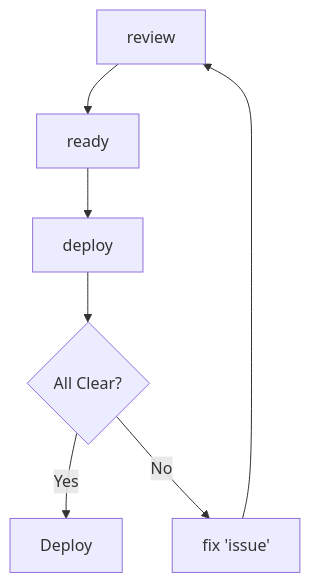
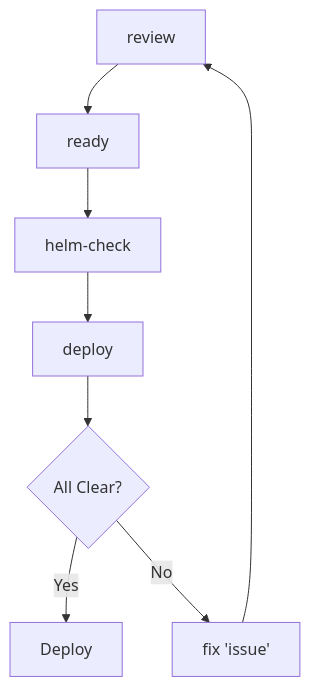
Before and after one commit to vitamin33/threads-agent: the second of 2 diagrams in CLAUDE_CODE_GUIDE.md, drawn with Mermaid. The commit also changed other lines of this file and 4 other files, not shown here.

````diff
--- a/CLAUDE_CODE_GUIDE.md
+++ b/CLAUDE_CODE_GUIDE.md
@@ -274,9 +315,10 @@
 ```mermaid
 graph TB
     A[review] --> B[ready]
-    B --> C[deploy]
-    C --> D{All Clear?}
-    D -->|Yes| E[Deploy]
-    D -->|No| F[fix 'issue']
-    F --> A
+    B --> C[helm-check]
+    C --> D[deploy]
+    D --> E{All Clear?}
+    E -->|Yes| F[Deploy]
+    E -->|No| G[fix 'issue']
+    G --> A
 ```
````
